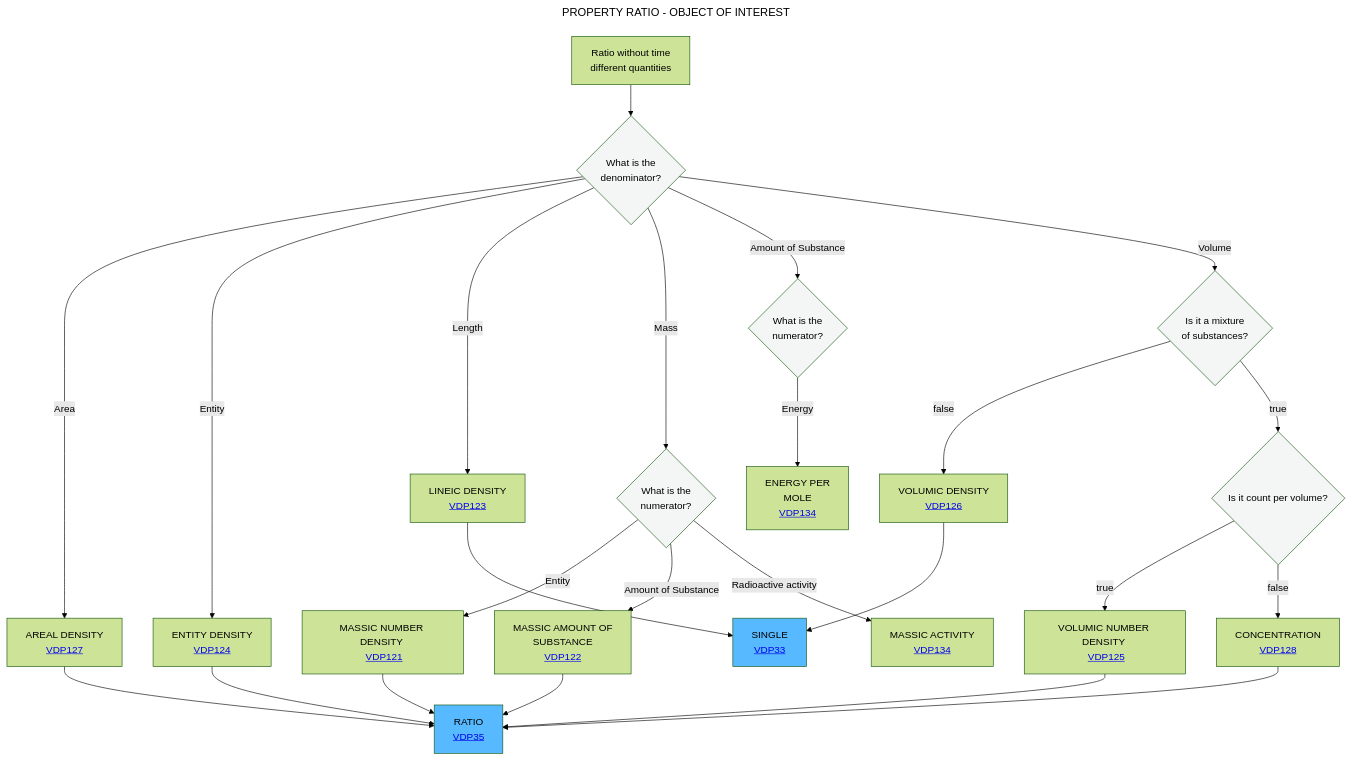
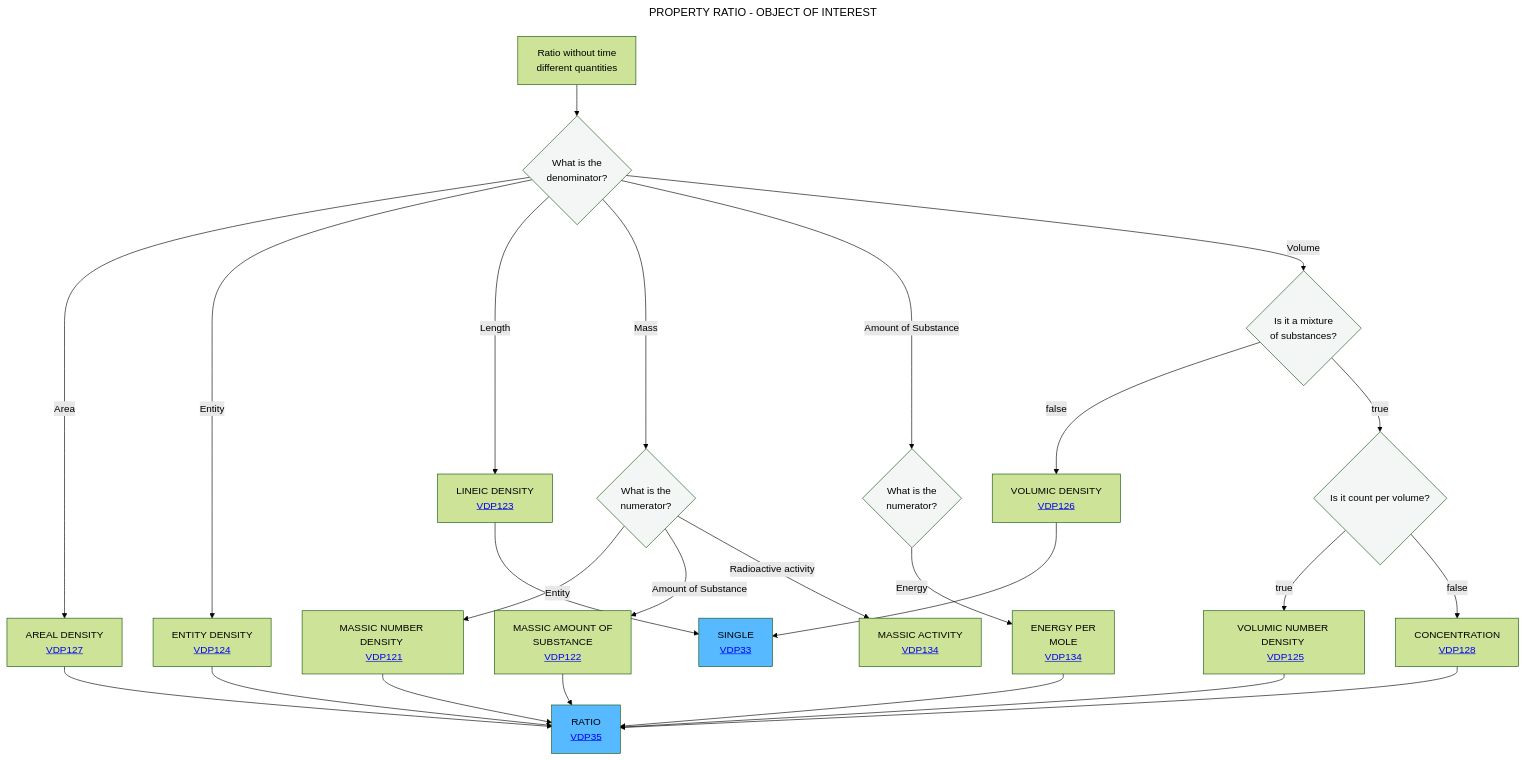
One commit to mabablue/I-ADOPT-patterns-playground changed the diagram in Decisition_trees/DT5.mmd. Above: the diagram before and after it, drawn with Mermaid (forest theme).

Commit message:
Add mapping for 'S' to 'N' in DT5.mmd

```diff
--- a/Decisition_trees/DT5.mmd
+++ b/Decisition_trees/DT5.mmd
@@ -1,31 +1,32 @@
 ---
 title: PROPERTY RATIO - OBJECT OF INTEREST
 ---
 flowchart TD
     A[Ratio without time <br> different quantities] --> B{What is the <br> denominator?}:::white
     B -- Area -->C[AREAL DENSITY <br> <a href='https://github.com/mabablue/I-ADOPT-patterns-playground/blob/main/pattern/VDP127.yaml'>VDP127</a>]
     B -- Entity -->F[ENTITY DENSITY <br> <a href='https://github.com/mabablue/I-ADOPT-patterns-playground/blob/main/pattern/VDP124.yaml'>VDP124</a>]
     B -- Length -->D[LINEIC DENSITY <br> <a href='https://github.com/mabablue/I-ADOPT-patterns-playground/blob/main/pattern/VDP123.yaml'>VDP123</a>]
     B -- Mass -->E{What is the <br> numerator?}:::white
     B -- Amount of Substance --> R{What is the <br> numerator?}:::white
     E -- Entity --> L[MASSIC NUMBER DENSITY <br> <a href='https://github.com/mabablue/I-ADOPT-patterns-playground/blob/main/pattern/VDP121.yaml'>VDP121</a>]
     E -- Amount of Substance --> P[MASSIC AMOUNT OF <br> SUBSTANCE <br> <a href='https://github.com/mabablue/I-ADOPT-patterns-playground/blob/main/pattern/VDP122.yaml'>VDP122</a>]
     E -- Radioactive activity --> Q[MASSIC ACTIVITY <br> <a href='https://github.com/mabablue/I-ADOPT-patterns-playground/blob/main/pattern/VDP134.yaml'>VDP134</a>]
     B -- Volume -->G{Is it a mixture <br> of substances?}:::white
     G --> |false|H[VOLUMIC DENSITY <br> <a href='https://github.com/mabablue/I-ADOPT-patterns-playground/blob/main/pattern/VDP126.yaml'>VDP126</a>]
     G--> |true|J{Is it count per volume?}:::white
     J --> |true|I[VOLUMIC NUMBER DENSITY <br> <a href='https://github.com/mabablue/I-ADOPT-patterns-playground/blob/main/pattern/VDP125.yaml'>VDP125</a>]
     J --> |false|M[CONCENTRATION <br> <a href='https://github.com/mabablue/I-ADOPT-patterns-playground/blob/main/pattern/VDP128.yaml'>VDP128</a>]
     I --> N
     C --> N[RATIO <br> <a href='https://github.com/mabablue/I-ADOPT-patterns-playground/blob/main/pattern/VDP35.yaml'>VDP35</a>]:::satblue
     F --> N
     D --> O[SINGLE <br> <a href='https://github.com/mabablue/I-ADOPT-patterns-playground/blob/main/pattern/VDP33.yaml'>VDP33</a>]:::satblue
     R -- Energy --> S[ENERGY PER <br> MOLE <br> <a href='https://github.com/mabablue/I-ADOPT-patterns-playground/blob/main/pattern/VDP134.yaml'>VDP134</a>]
     H --> O
     L --> N
     P --> N
     M --> N
+    S --> N
    classDef blue fill:#90D5FF
    classDef satblue fill:#57B9FF 
    classDef white fill:#f3f6f4
    classDef green fill:#6aa84f
```
